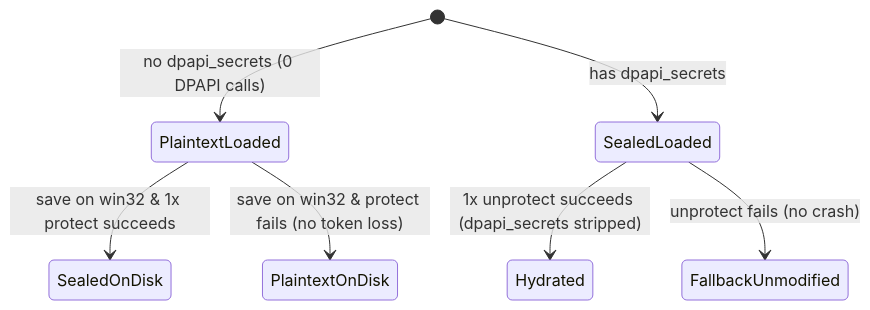
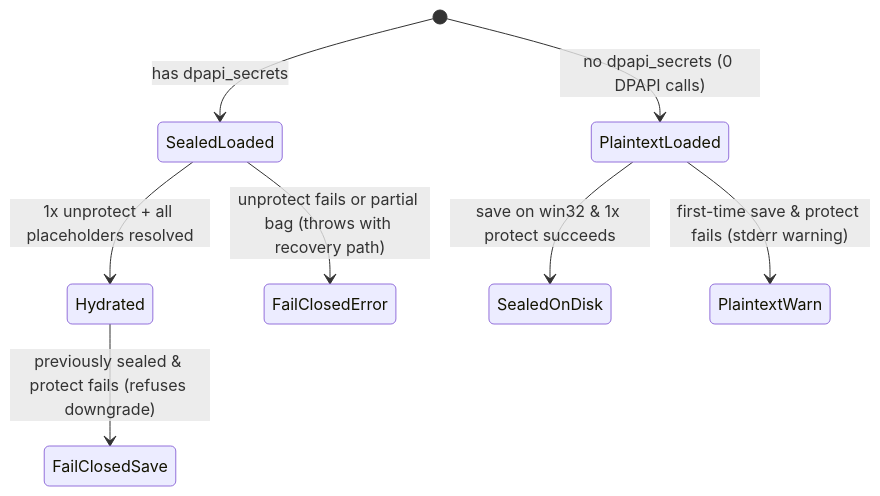
Before and after one commit to shawn-kim-ai/agent-slack: the second of 3 diagrams in .agents/skills/verify-windows-formal/SKILL.md, drawn with Mermaid. The commit also changed other lines of this file and 23 other files, not shown here.

````diff
--- a/.agents/skills/verify-windows-formal/SKILL.md
+++ b/.agents/skills/verify-windows-formal/SKILL.md
@@ -48,9 +49,10 @@
 ```mermaid
 stateDiagram-v2
     [*] --> PlaintextLoaded: no dpapi_secrets (0 DPAPI calls)
     [*] --> SealedLoaded: has dpapi_secrets
-    SealedLoaded --> Hydrated: 1x unprotect succeeds (dpapi_secrets stripped)
-    SealedLoaded --> FallbackUnmodified: unprotect fails (no crash)
+    SealedLoaded --> Hydrated: 1x unprotect + all placeholders resolved
+    SealedLoaded --> FailClosedError: unprotect fails or partial bag (throws with recovery path)
     PlaintextLoaded --> SealedOnDisk: save on win32 & 1x protect succeeds
-    PlaintextLoaded --> PlaintextOnDisk: save on win32 & protect fails (no token loss)
+    PlaintextLoaded --> PlaintextWarn: first-time save & protect fails (stderr warning)
+    Hydrated --> FailClosedSave: previously sealed & protect fails (refuses downgrade)
 ```
````
